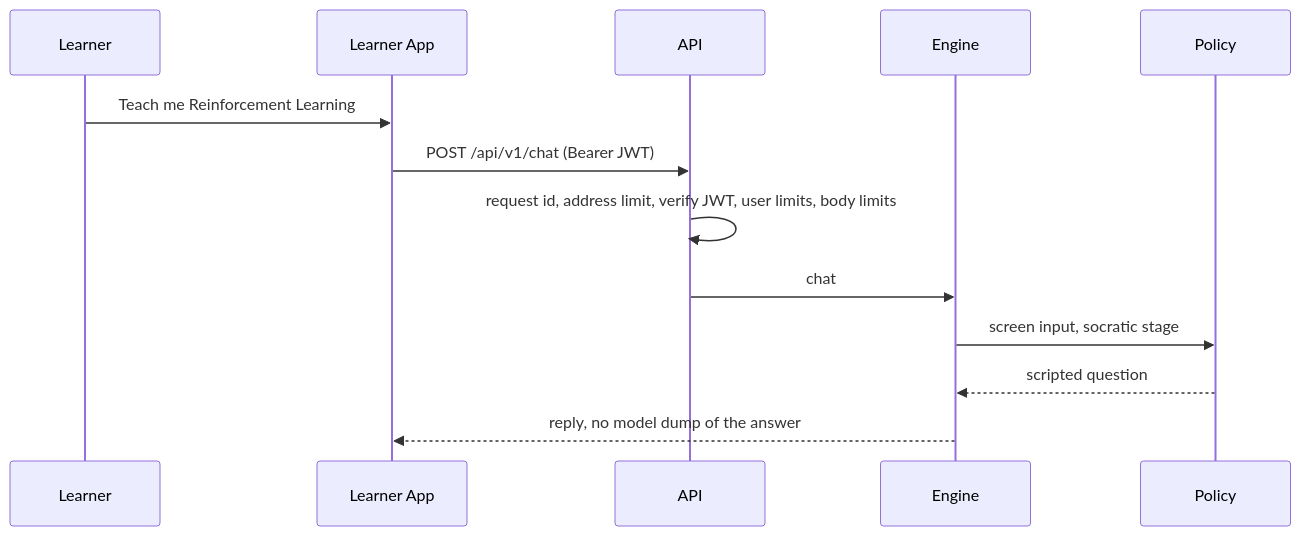
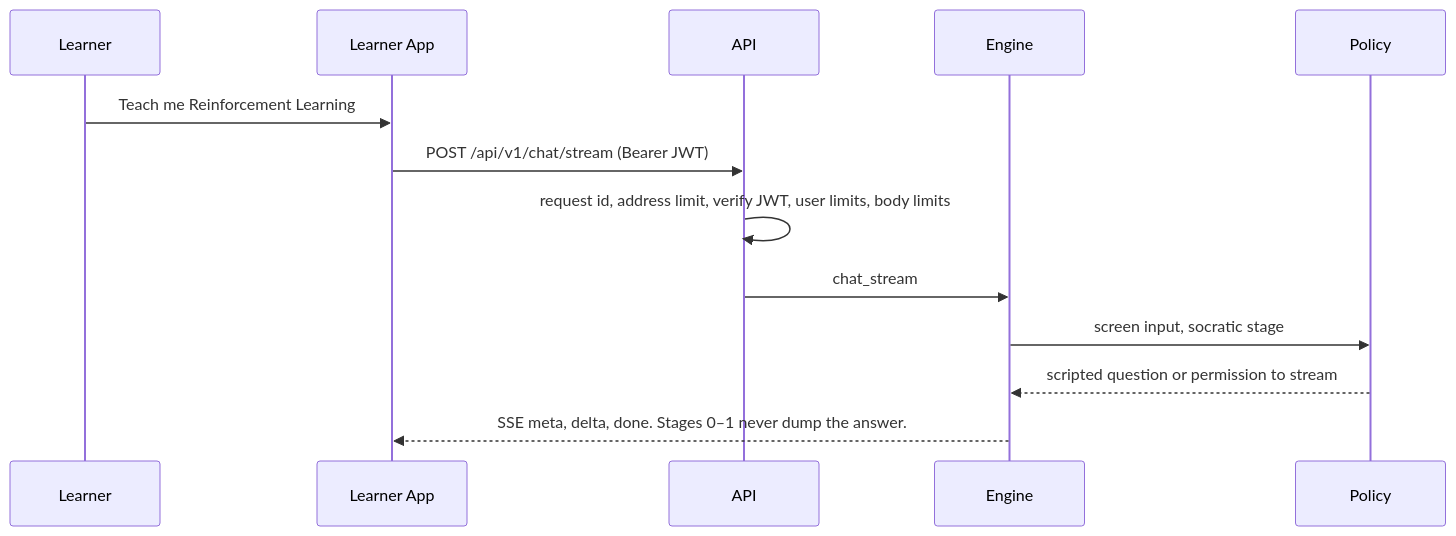
Before and after one commit to Nditah/AI-Mentor: the second of 2 diagrams in docs/Architecture.md, drawn with Mermaid. The commit also changed other lines of this file and 94 other files, not shown here.

````diff
--- a/docs/Architecture.md
+++ b/docs/Architecture.md
@@ -118,15 +118,15 @@
 ```mermaid
 sequenceDiagram
   participant Learner
   participant App as Learner App
   participant API
   participant Engine
   participant Policy
   Learner->>App: Teach me Reinforcement Learning
-  App->>API: POST /api/v1/chat (Bearer JWT)
+  App->>API: POST /api/v1/chat/stream (Bearer JWT)
   API->>API: request id, address limit, verify JWT, user limits, body limits
-  API->>Engine: chat
+  API->>Engine: chat_stream
   Engine->>Policy: screen input, socratic stage
-  Policy-->>Engine: scripted question
-  Engine-->>App: reply, no model dump of the answer
+  Policy-->>Engine: scripted question or permission to stream
+  Engine-->>App: SSE meta, delta, done. Stages 0–1 never dump the answer.
 ```
````
